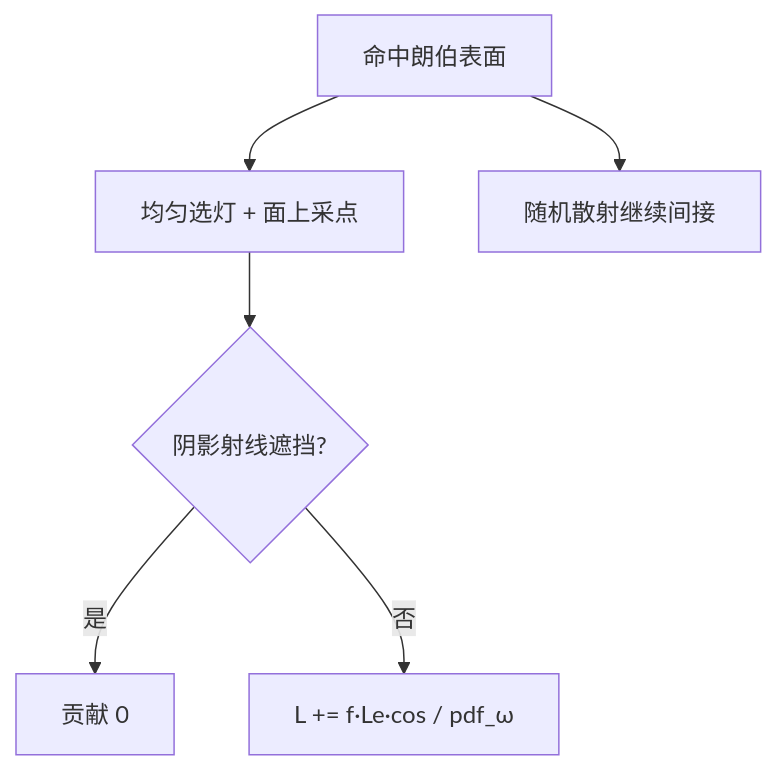
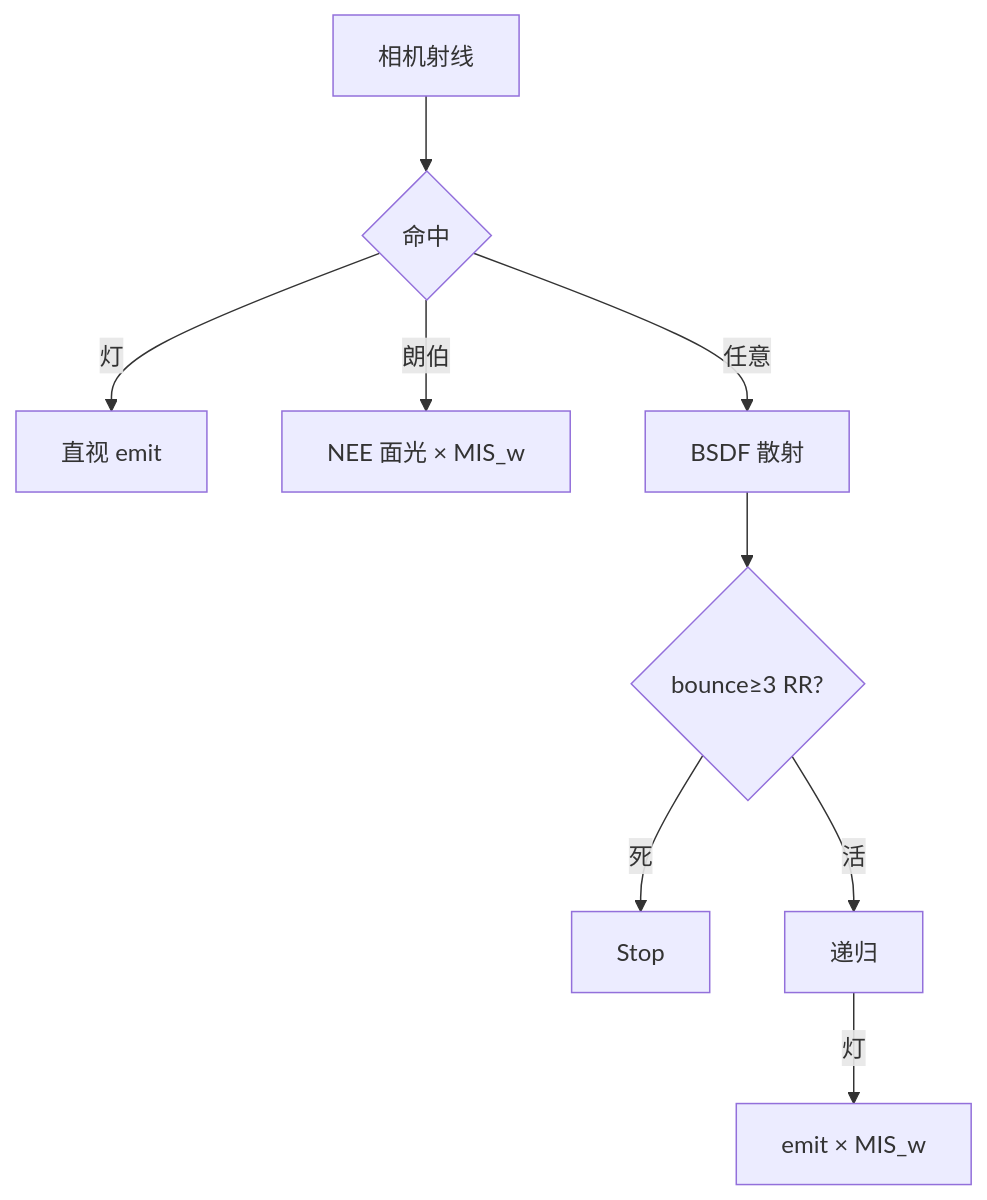
Before and after one commit to xiaoqianran/cpp-002: the diagram in docs/ARCHITECTURE.md, drawn with Mermaid. The commit also changed other lines of this file and 14 other files, not shown here.

````diff
--- a/docs/ARCHITECTURE.md
+++ b/docs/ARCHITECTURE.md
@@ -17,8 +5,11 @@
 ```mermaid
 flowchart TB
-  Hit[命中朗伯表面] --> Pick[均匀选灯 + 面上采点]
-  Pick --> Shadow{阴影射线遮挡?}
-  Shadow -->|是| Zero[贡献 0]
-  Shadow -->|否| Eval["L += f·Le·cos / pdf_ω"]
-  Hit --> Bounce[随机散射继续间接]
+  Cam[相机射线] --> Hit{命中}
+  Hit -->|灯| CamEmit[直视 emit]
+  Hit -->|朗伯| NEE[NEE 面光 × MIS_w]
+  Hit -->|任意| Scatter[BSDF 散射]
+  Scatter --> RR{bounce≥3 RR?}
+  RR -->|死| Stop
+  RR -->|活| Hit2[递归]
+  Hit2 -->|灯| MisEmit[emit × MIS_w]
 ```
````
